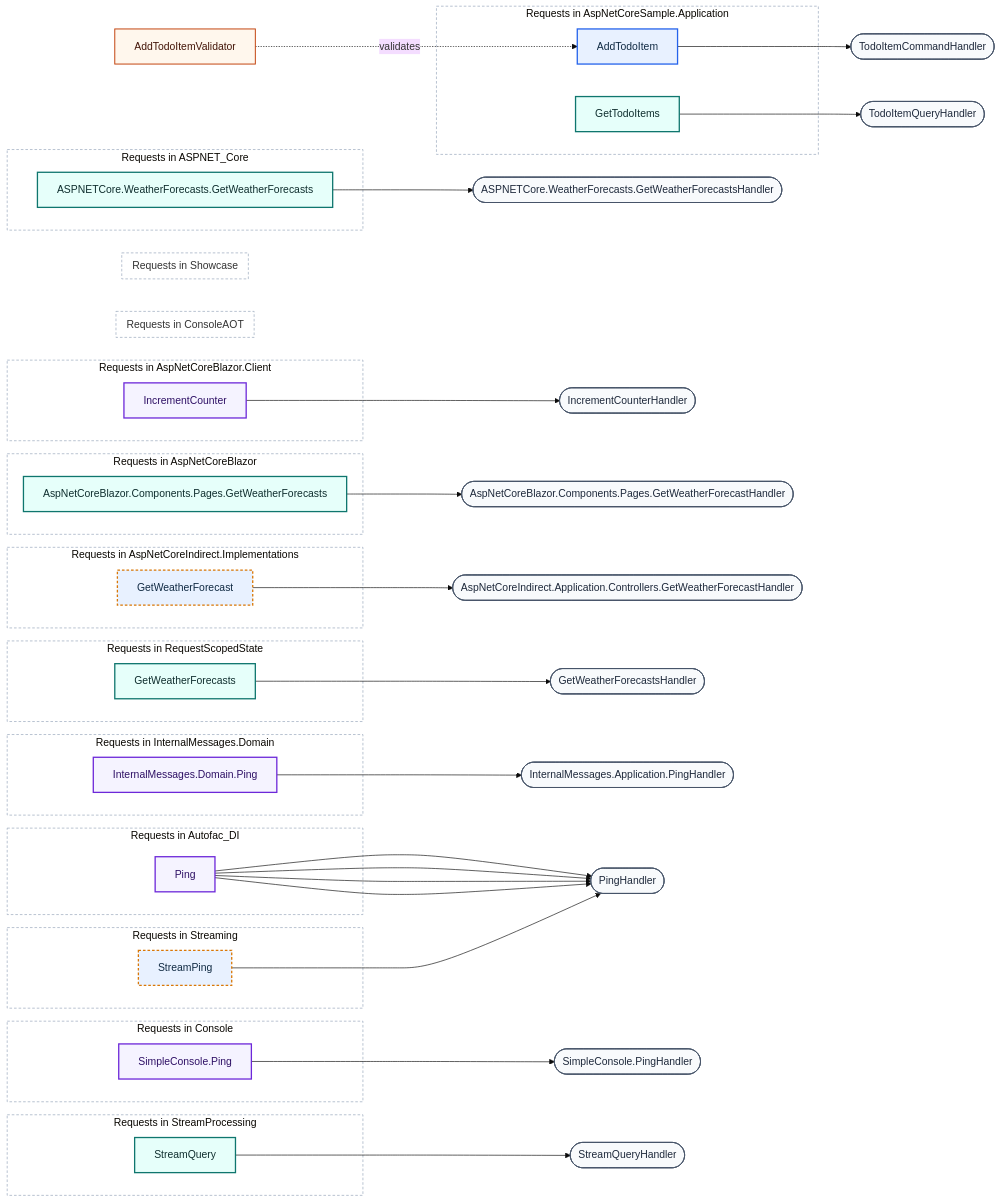
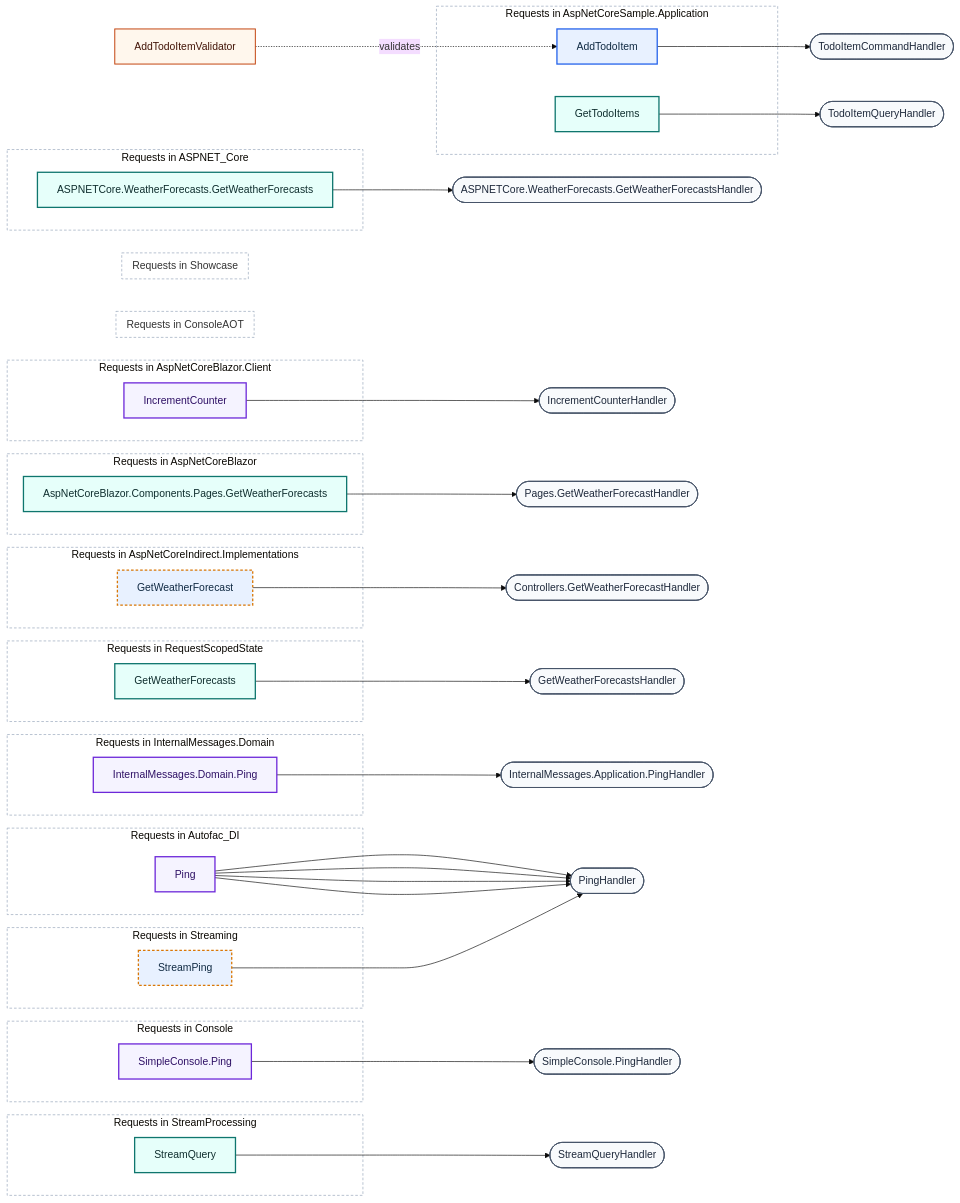
The third of 31 diagrams in docs/sample-output/real-world/mediator-ARCHITECTURE.md (AbdullahHakima/cqrslens), drawn with Mermaid (base theme) before and after one commit. The commit also changed other lines of this file and 15 other files, not shown here.

Commit message:
docs: bring README, the validation snapshot and sample reports to 1.0.0 - diagrams as pre-rendered SVGs, real console output

```diff
--- a/docs/sample-output/real-world/mediator-ARCHITECTURE.md
+++ b/docs/sample-output/real-world/mediator-ARCHITECTURE.md
@@ -208,8 +218,8 @@
     end
     hdl_ASPNETCore_WeatherForecasts_GetWeatherForecastsHandler(["ASPNETCore.WeatherForecasts.GetWeatherForecastsHandler"]):::clsHandler
     hdl_IncrementCounterHandler(["IncrementCounterHandler"]):::clsHandler
-    hdl_AspNetCoreBlazor_Components_Pages_GetWeatherForecastHandler(["AspNetCoreBlazor.Components.Pages.GetWeatherForecastHandler"]):::clsHandler
-    hdl_AspNetCoreIndirect_Application_Controllers_GetWeatherForecastHandler(["AspNetCoreIndirect.Application.Controllers.GetWeatherForecastHandler"]):::clsHandler
+    hdl_Pages_GetWeatherForecastHandler(["Pages.GetWeatherForecastHandler"]):::clsHandler
+    hdl_Controllers_GetWeatherForecastHandler(["Controllers.GetWeatherForecastHandler"]):::clsHandler
     hdl_TodoItemCommandHandler(["TodoItemCommandHandler"]):::clsHandler
     hdl_TodoItemQueryHandler(["TodoItemQueryHandler"]):::clsHandler
     hdl_GetWeatherForecastsHandler(["GetWeatherForecastsHandler"]):::clsHandler
@@ -219,9 +229,9 @@
     hdl_StreamQueryHandler(["StreamQueryHandler"]):::clsHandler
     val_AddTodoItemValidator["AddTodoItemValidator"]:::clsValidator
     req_ASPNETCore_WeatherForecasts_GetWeatherForecasts --> hdl_ASPNETCore_WeatherForecasts_GetWeatherForecastsHandler
-    req_AspNetCoreBlazor_Components_Pages_GetWeatherForecasts --> hdl_AspNetCoreBlazor_Components_Pages_GetWeatherForecastHandler
+    req_AspNetCoreBlazor_Components_Pages_GetWeatherForecasts --> hdl_Pages_GetWeatherForecastHandler
     req_IncrementCounter --> hdl_IncrementCounterHandler
-    req_GetWeatherForecast --> hdl_AspNetCoreIndirect_Application_Controllers_GetWeatherForecastHandler
+    req_GetWeatherForecast --> hdl_Controllers_GetWeatherForecastHandler
     req_AddTodoItem --> hdl_TodoItemCommandHandler
     val_AddTodoItemValidator -.->|validates| req_AddTodoItem
     req_GetTodoItems --> hdl_TodoItemQueryHandler
```
